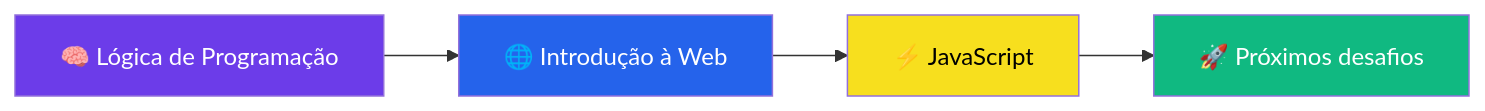
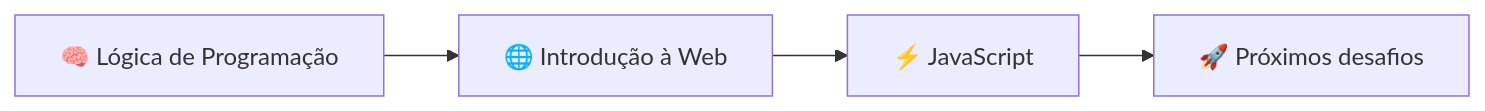
One commit to Paula-Thamyres/Descomplica-VNT-4.0-Trilha-Front-End changed the diagram in 01-logica-de-programacao/README.md. Above: the diagram before and after it, drawn with Mermaid. The commit also changed other lines of this file, not shown here.

````diff
--- a/01-logica-de-programacao/README.md
+++ b/01-logica-de-programacao/README.md
@@ -46,11 +17,6 @@
 ```mermaid
 flowchart LR
     A["🧠 Lógica de Programação"] --> B["🌐 Introdução à Web"]
     B --> C["⚡ JavaScript"]
     C --> D["🚀 Próximos desafios"]
-
-    style A fill:#6C3CE9,color:#fff
-    style B fill:#2563EB,color:#fff
-    style C fill:#F7DF1E,color:#000
-    style D fill:#10B981,color:#fff
 ```
````
